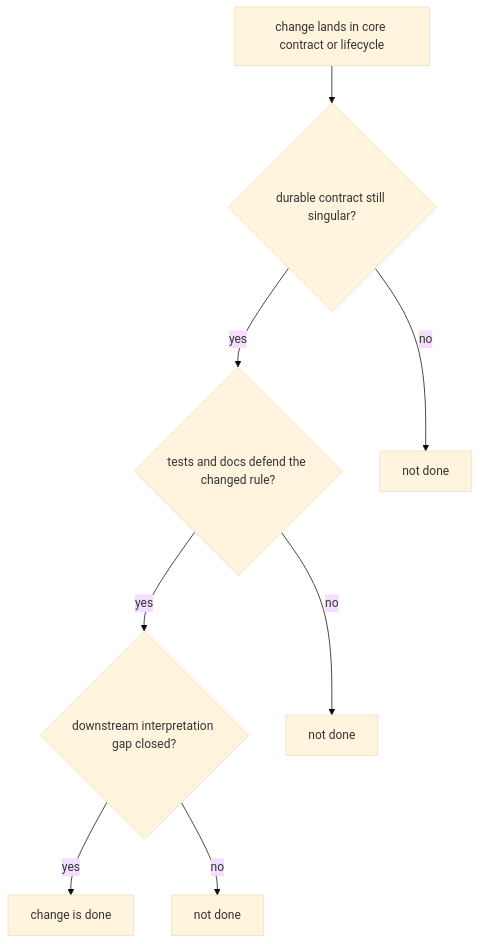
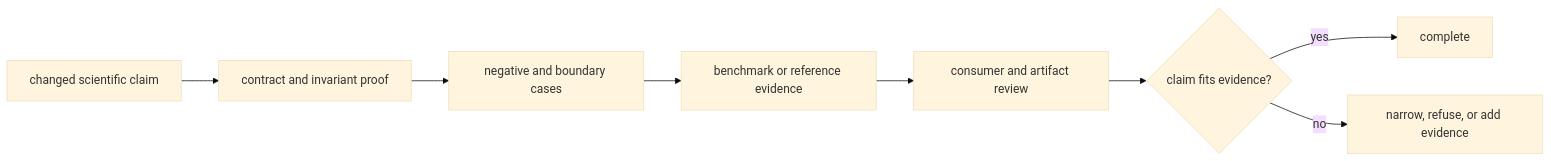
Before and after one commit to bijux/bijux-proteomics: the diagram in docs/04-bijux-proteomics-core/quality/definition-of-done.md, drawn with Mermaid (base theme). The commit also changed other lines of this file and 2 other files, not shown here.

Commit message:
docs(core): bound scientific quality claims

````diff
--- a/docs/04-bijux-proteomics-core/quality/definition-of-done.md
+++ b/docs/04-bijux-proteomics-core/quality/definition-of-done.md
@@ -18,16 +31,10 @@
 ```mermaid
-flowchart TB
-    change["change lands in core contract or lifecycle"]
-    contract{"durable contract still singular?"}
-    proof{"tests and docs defend the changed rule?"}
-    downstream{"downstream interpretation gap closed?"}
-    done["change is done"]
-
-    change --> contract
-    contract -->|yes| proof
-    contract -->|no| block1["not done"]
-    proof -->|yes| downstream
-    proof -->|no| block2["not done"]
-    downstream -->|yes| done
-    downstream -->|no| block3["not done"]
+flowchart LR
+    C["changed scientific claim"] --> I["contract and invariant proof"]
+    I --> N["negative and boundary cases"]
+    N --> B["benchmark or reference evidence"]
+    B --> X["consumer and artifact review"]
+    X --> Q{"claim fits evidence?"}
+    Q -->|yes| D["complete"]
+    Q -->|no| R["narrow, refuse, or add evidence"]
 ```
````
